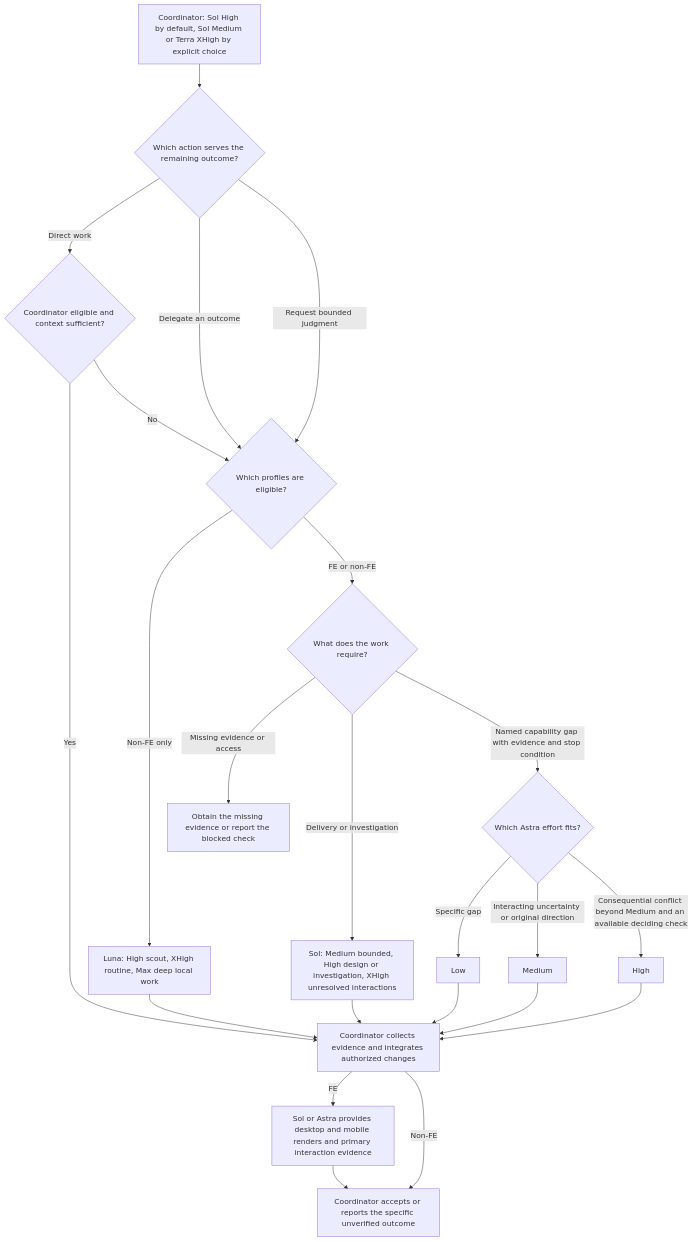
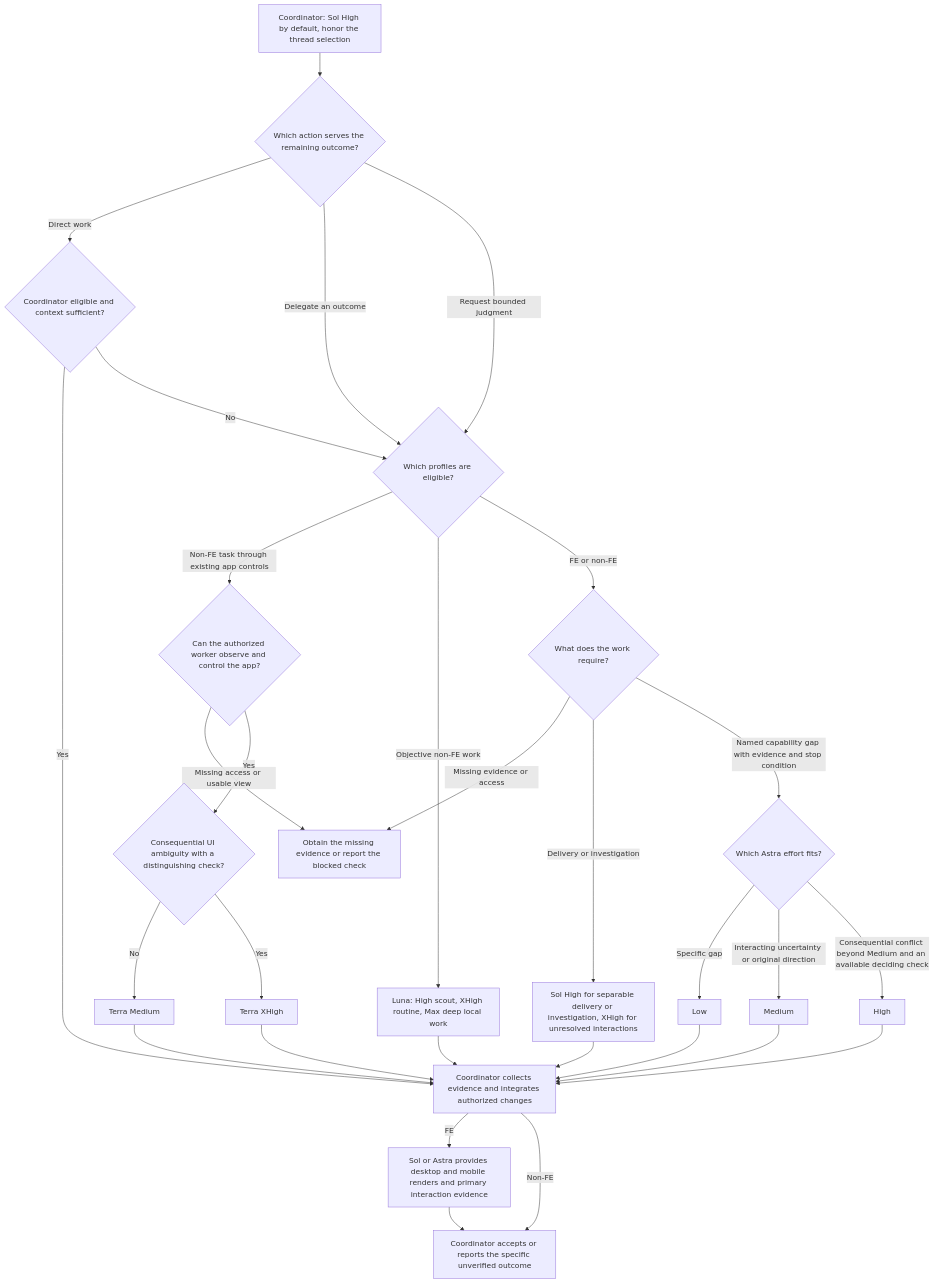
Before and after one commit to abangkis/goblin-mini-astra: the diagram in README.md, drawn with Mermaid. The commit also changed other lines of this file and 5 other files, not shown here.

````diff
--- a/README.md
+++ b/README.md
@@ -40,25 +46,32 @@
 ```mermaid
 flowchart TD
-    C["Coordinator: Sol High by default, Sol Medium or Terra XHigh by explicit choice"] --> A{"Which action serves the remaining outcome?"}
+    C["Coordinator: Sol High by default, honor the thread selection"] --> A{"Which action serves the remaining outcome?"}
     A -->|Direct work| D{"Coordinator eligible and context sufficient?"}
     D -->|Yes| V
     D -->|No| S
     A -->|Delegate an outcome| S{"Which profiles are eligible?"}
     A -->|Request bounded judgment| S
-    S -->|Non-FE only| L["Luna: High scout, XHigh routine, Max deep local work"]
+    S -->|Non-FE task through existing app controls| T{"Can the authorized worker observe and control the app?"}
+    T -->|Missing access or usable view| X
+    T -->|Yes| U{"Consequential UI ambiguity with a distinguishing check?"}
+    U -->|No| TM["Terra Medium"]
+    U -->|Yes| TX["Terra XHigh"]
+    TM --> V
+    TX --> V
+    S -->|Objective non-FE work| L["Luna: High scout, XHigh routine, Max deep local work"]
     S -->|FE or non-FE| Q{"What does the work require?"}
     Q -->|Missing evidence or access| X["Obtain the missing evidence or report the blocked check"]
-    Q -->|Delivery or investigation| I["Sol: Medium bounded, High design or investigation, XHigh unresolved interactions"]
+    Q -->|Delivery or investigation| I["Sol High for separable delivery or investigation, XHigh for unresolved interactions"]
     Q -->|Named capability gap with evidence and stop condition| G{"Which Astra effort fits?"}
     G -->|Specific gap| B["Low"]
     G -->|Interacting uncertainty or original direction| M["Medium"]
     G -->|Consequential conflict beyond Medium and an available deciding check| H["High"]
     L --> V["Coordinator collects evidence and integrates authorized changes"]
     I --> V
     B --> V
     M --> V
     H --> V
     V -->|FE| R["Sol or Astra provides desktop and mobile renders and primary interaction evidence"]
     V -->|Non-FE| F["Coordinator accepts or reports the specific unverified outcome"]
     R --> F
 ```
````
